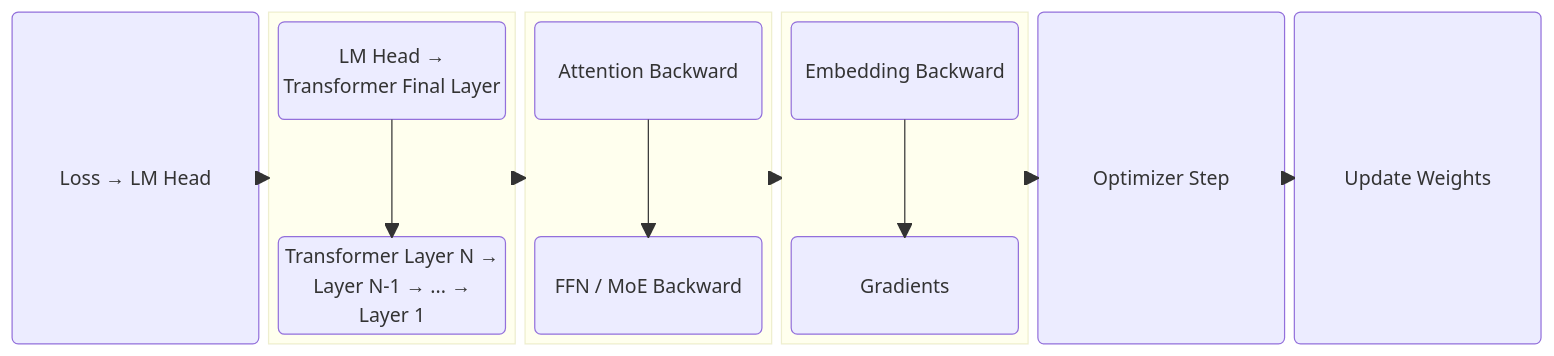
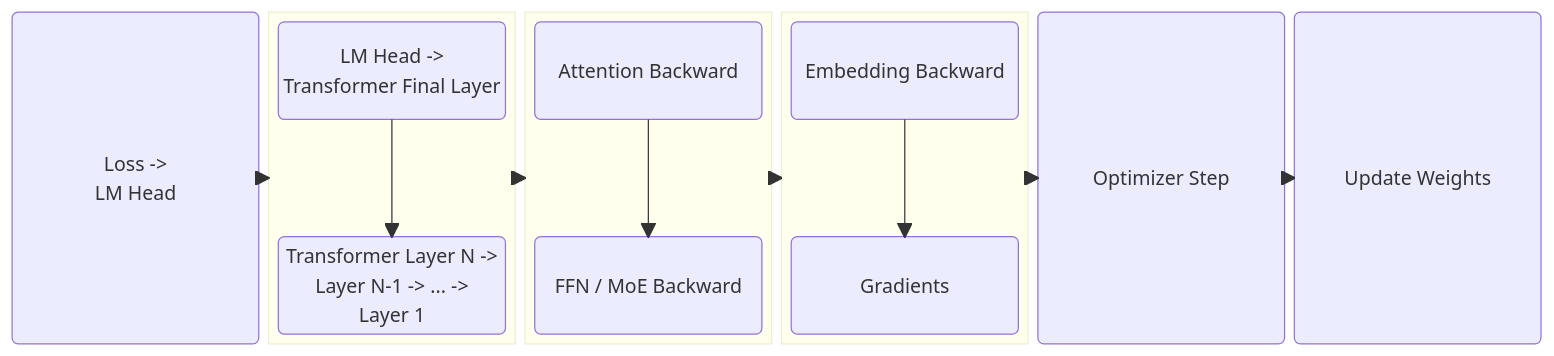
One commit to ChrisZhu2050/chriszhu2050.github.io changed diagram 23 of 23 in index.md. Above: the diagram before and after it, drawn with Mermaid.

````diff
--- a/index.md
+++ b/index.md
@@ -1102,46 +1102,47 @@
   ```mermaid
         block
         columns 6
 
-          a("Loss → LM Head")
+          a("Loss ->
+           LM Head")
           
 
         block:group2:1
           columns 1
-          c1("LM Head → 
+          c1("LM Head -> 
           Transformer Final Layer") space
-          b1("Transformer Layer N → 
-          Layer N-1 → ... →
+          b1("Transformer Layer N -> 
+          Layer N-1 -> ... ->
            Layer 1")
           
         end
         block:group3:1
           columns 1
           d("Attention Backward") space
           e("FFN / MoE Backward") 
         end
         block:group4:1
           columns 1
           f("Embedding Backward") space
           g("Gradients")
 
         end
         
           z("Optimizer Step")
           y("Update Weights")
         
 
         c1 --> b1
        
         
         d --> e
       
         f --> g
 
         a --> group2
         group2 --> group3
         group3 --> group4
         group4 --> z
         z --> y
 
   ```  
````
